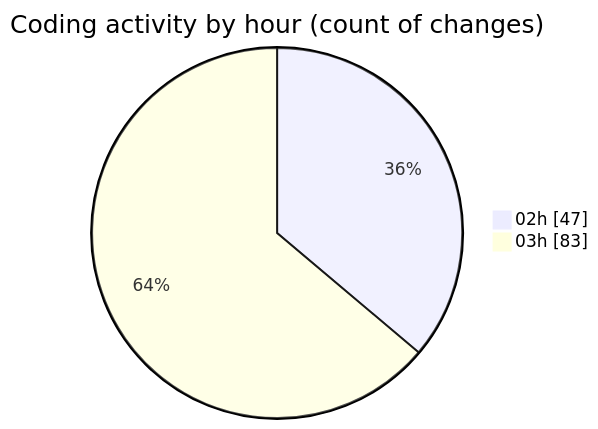
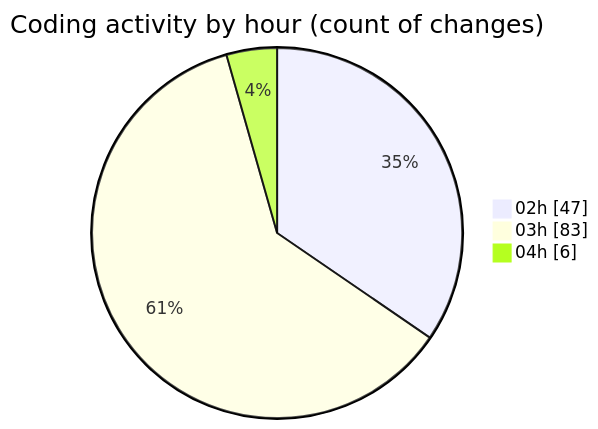
Before and after one commit to ernivani/code-tracking: the second of 2 diagrams in 2025-01-02/3drust/README.md, drawn with Mermaid. The commit also changed other lines of this file and 2 other files, not shown here.

````diff
--- a/2025-01-02/3drust/README.md
+++ b/2025-01-02/3drust/README.md
@@ -40,6 +40,7 @@
 ```mermaid
 pie showData
 title Coding activity by hour (count of changes)
 "02h" : 47
 "03h" : 83
+"04h" : 6
 ```
````
